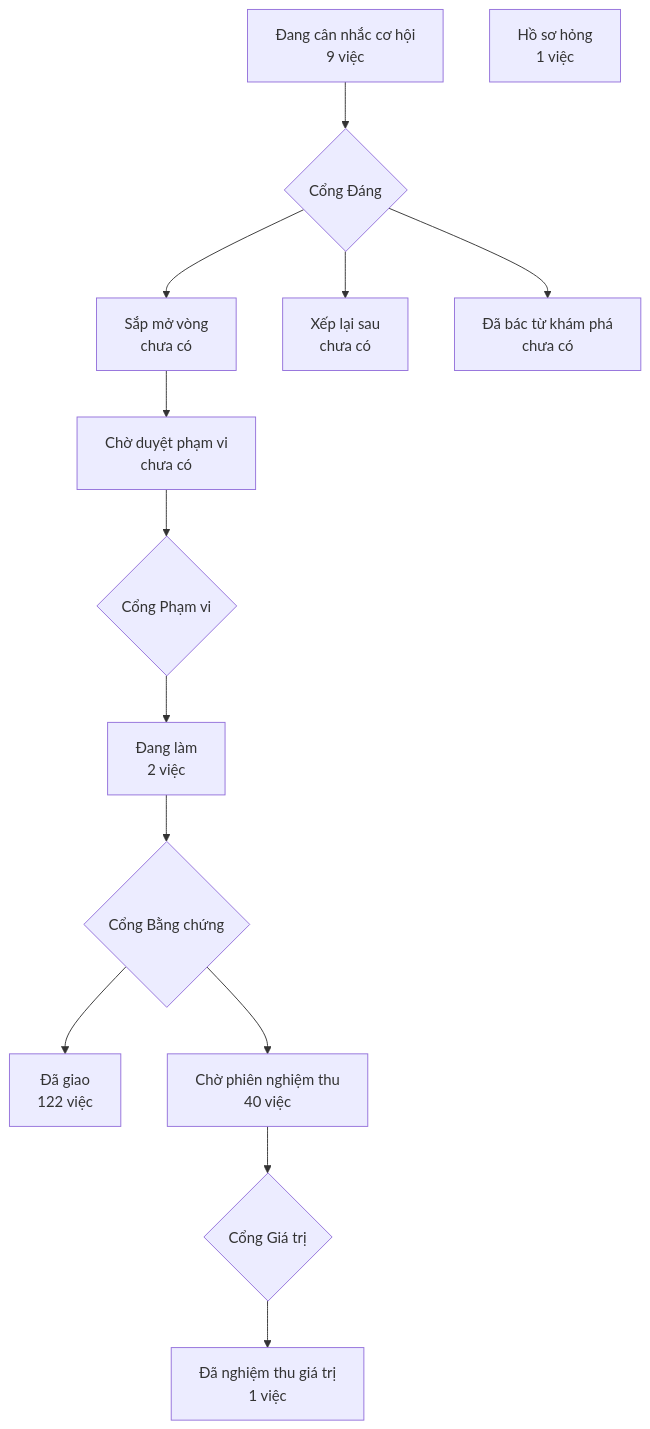
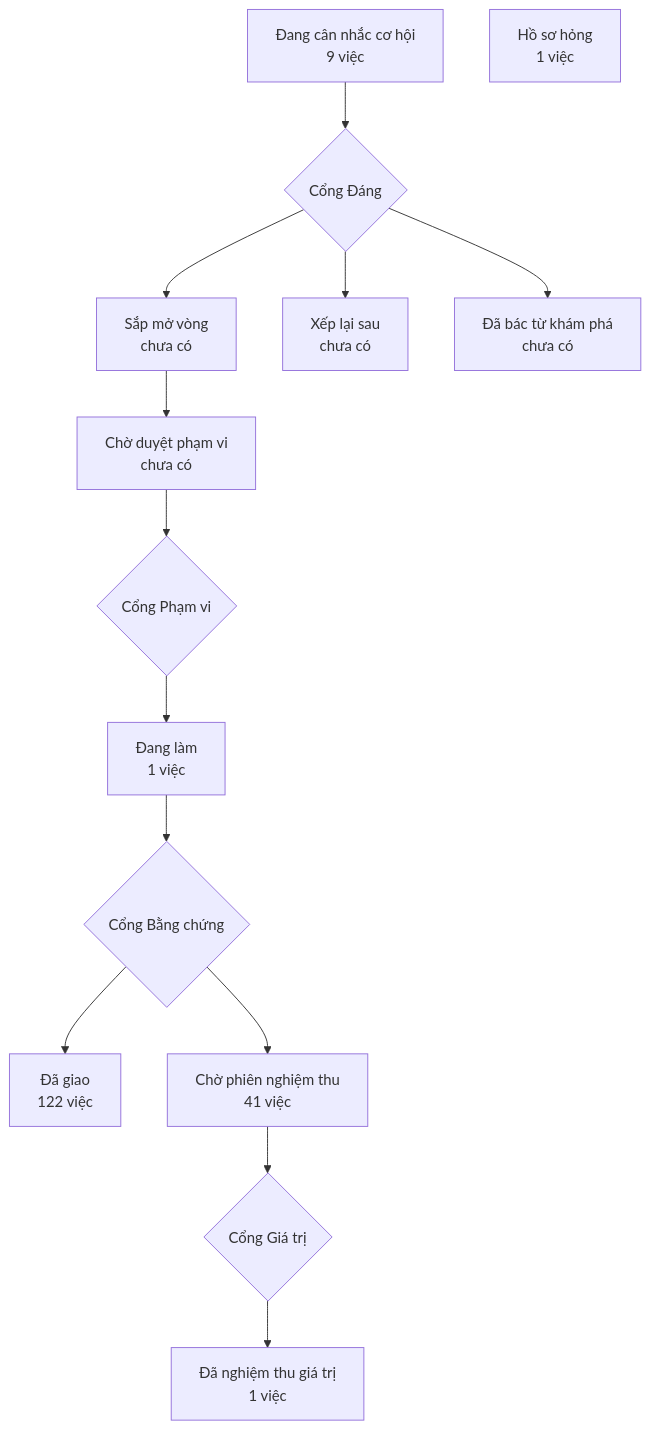
One commit to phanlemanh/crm-onehub changed the diagram in PRODUCT-MAP.md. Above: the diagram before and after it, drawn with Mermaid. The commit also changed 4 other files, not shown here.

````diff
--- a/PRODUCT-MAP.md
+++ b/PRODUCT-MAP.md
@@ -7,13 +7,13 @@
 ```mermaid
 flowchart TD
   A["Đang cân nhắc cơ hội<br/>9 việc"] --> GD{"Cổng Đáng"}
   GD --> B["Sắp mở vòng<br/>chưa có"]
   GD --> XL["Xếp lại sau<br/>chưa có"]
   GD --> DB["Đã bác từ khám phá<br/>chưa có"]
   B --> CD["Chờ duyệt phạm vi<br/>chưa có"] --> GP{"Cổng Phạm vi"}
-  GP --> DL["Đang làm<br/>2 việc"] --> GB{"Cổng Bằng chứng"}
+  GP --> DL["Đang làm<br/>1 việc"] --> GB{"Cổng Bằng chứng"}
   GB --> DG["Đã giao<br/>122 việc"]
-  GB --> CN["Chờ phiên nghiệm thu<br/>40 việc"] --> GG{"Cổng Giá trị"}
+  GB --> CN["Chờ phiên nghiệm thu<br/>41 việc"] --> GG{"Cổng Giá trị"}
   GG --> NT["Đã nghiệm thu giá trị<br/>1 việc"]
   HS["Hồ sơ hỏng<br/>1 việc"]
 ```
````
